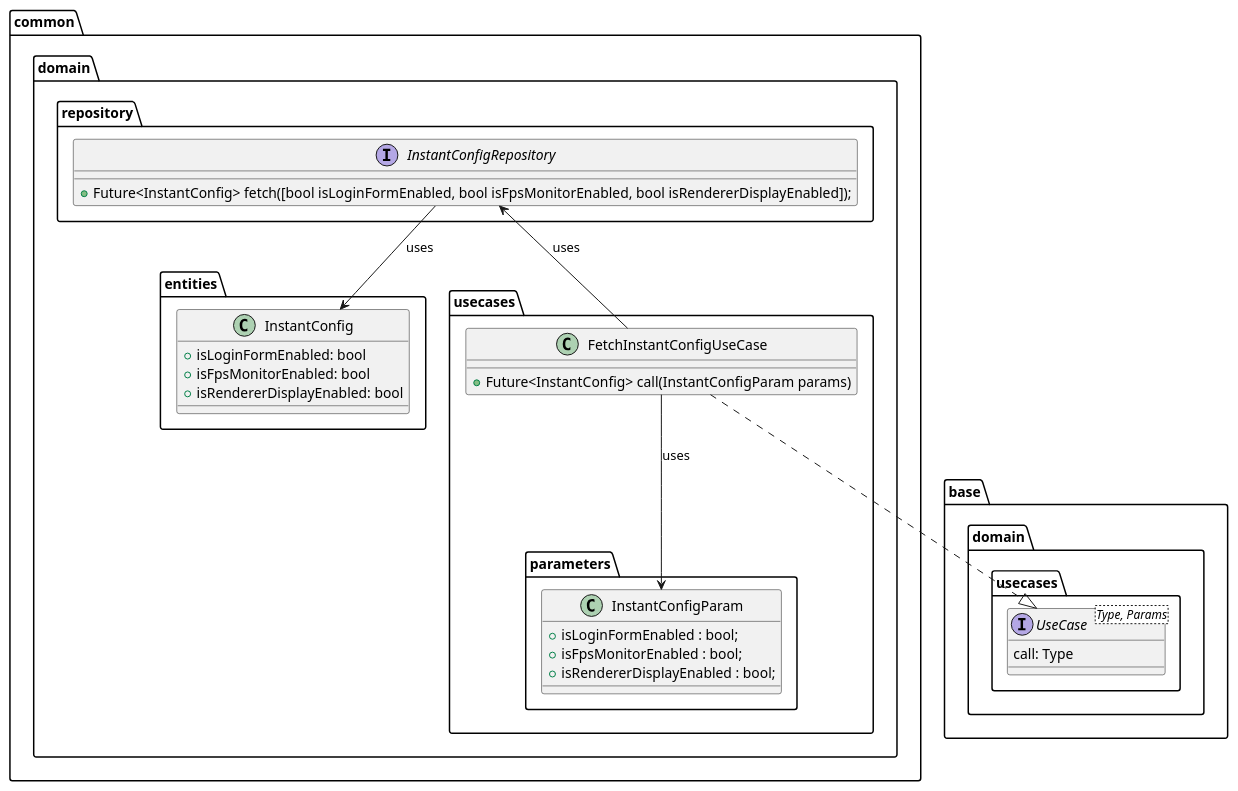
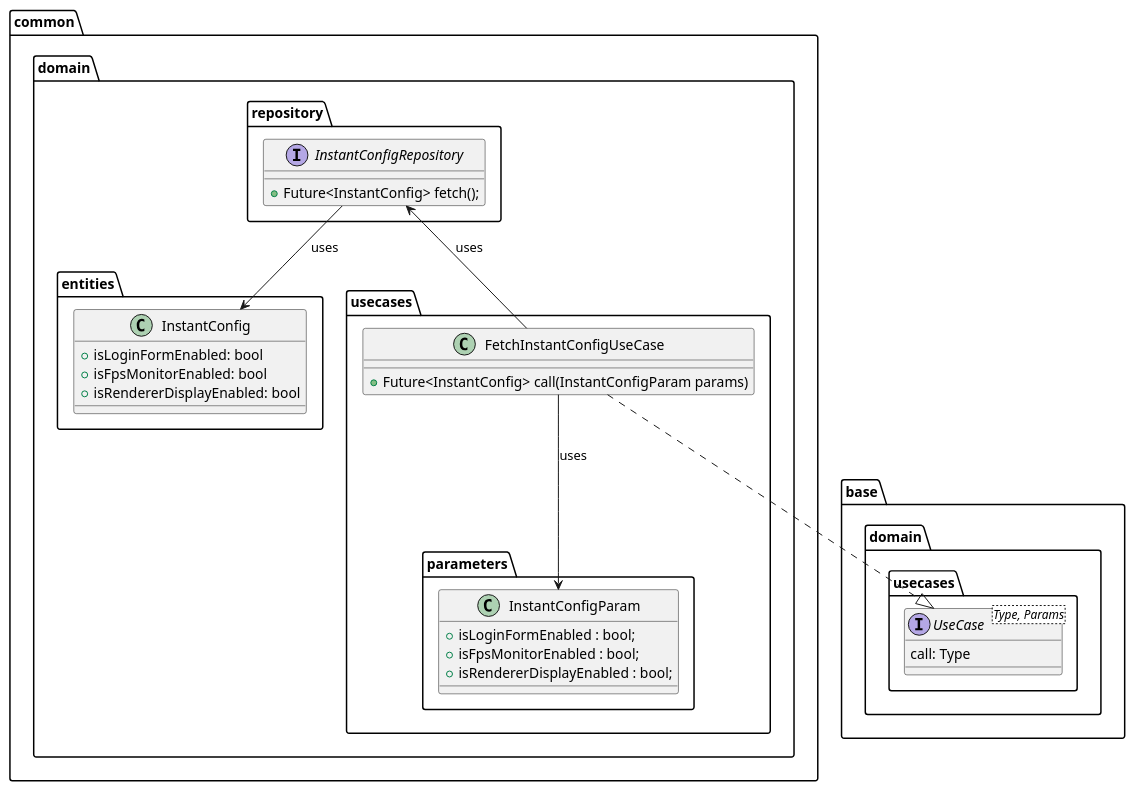
One commit to Flank/flank-dashboard changed the diagram in metrics/web/docs/features/instant_config/diagrams/instant_config_domain_layer_class_diagram.puml. Above: the diagram before and after it, drawn with PlantUML. The commit also changed 4 other files, not shown here.

```diff
--- a/metrics/web/docs/features/instant_config/diagrams/instant_config_domain_layer_class_diagram.puml
+++ b/metrics/web/docs/features/instant_config/diagrams/instant_config_domain_layer_class_diagram.puml
@@ -1,48 +1,48 @@
 @startuml instant_config_domain_layer_class_diagram.puml
 
 package base.domain.usecases {
     interface UseCase<Type, Params> {
         call: Type
     }
 }
 
 package common.domain {
     package repository {
         interface InstantConfigRepository {
-            + Future<InstantConfig> fetch([bool isLoginFormEnabled, bool isFpsMonitorEnabled, bool isRendererDisplayEnabled]);
+            + Future<InstantConfig> fetch();
         }
     }
 
     package entities {
         class InstantConfig {
             + isLoginFormEnabled: bool
             + isFpsMonitorEnabled: bool
             + isRendererDisplayEnabled: bool
         }
     }
 
     package usecases {
         class FetchInstantConfigUseCase {
             + Future<InstantConfig> call(InstantConfigParam params)
         }
 
         package parameters {
             class InstantConfigParam {
                 + isLoginFormEnabled : bool;
                 + isFpsMonitorEnabled : bool;
                 + isRendererDisplayEnabled : bool;
             }
         }
 
     }
 }
 
 FetchInstantConfigUseCase ..|> UseCase
 
 FetchInstantConfigUseCase -up-> InstantConfigRepository : uses
 
 InstantConfigRepository --> InstantConfig: uses
 
 FetchInstantConfigUseCase --> InstantConfigParam : uses
 
 @enduml
```
